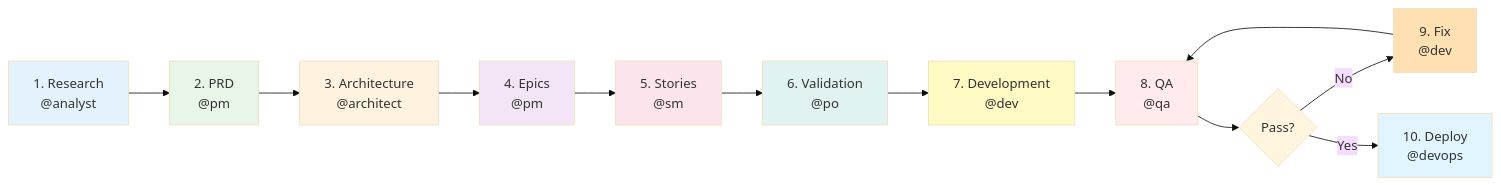
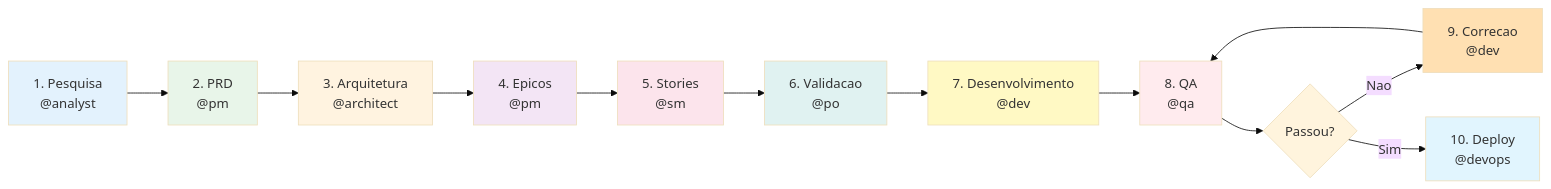
One commit to SynkraAI/aios-core changed the first of 3 diagrams in squads/navigator/README.md. Above: the diagram before and after it, drawn with Mermaid (base theme). The commit also changed other lines of this file, not shown here.

````diff
--- a/squads/navigator/README.md
+++ b/squads/navigator/README.md
@@ -66,24 +74,24 @@
 ```mermaid
 graph LR
-    P1[1. Research<br/>@analyst] --> P2[2. PRD<br/>@pm]
-    P2 --> P3[3. Architecture<br/>@architect]
-    P3 --> P4[4. Epics<br/>@pm]
+    P1[1. Pesquisa<br/>@analyst] --> P2[2. PRD<br/>@pm]
+    P2 --> P3[3. Arquitetura<br/>@architect]
+    P3 --> P4[4. Epicos<br/>@pm]
     P4 --> P5[5. Stories<br/>@sm]
-    P5 --> P6[6. Validation<br/>@po]
-    P6 --> P7[7. Development<br/>@dev]
+    P5 --> P6[6. Validacao<br/>@po]
+    P6 --> P7[7. Desenvolvimento<br/>@dev]
     P7 --> P8[8. QA<br/>@qa]
-    P8 --> P9{Pass?}
-    P9 -->|No| Fix[9. Fix<br/>@dev] --> P8
-    P9 -->|Yes| P10[10. Deploy<br/>@devops]
+    P8 --> P9{Passou?}
+    P9 -->|Nao| Fix[9. Correcao<br/>@dev] --> P8
+    P9 -->|Sim| P10[10. Deploy<br/>@devops]
 
     style P1 fill:#E3F2FD
     style P2 fill:#E8F5E9
     style P3 fill:#FFF3E0
     style P4 fill:#F3E5F5
     style P5 fill:#FCE4EC
     style P6 fill:#E0F2F1
     style P7 fill:#FFF9C4
     style P8 fill:#FFEBEE
     style Fix fill:#FFE0B2
     style P10 fill:#E1F5FE
 ```
````
